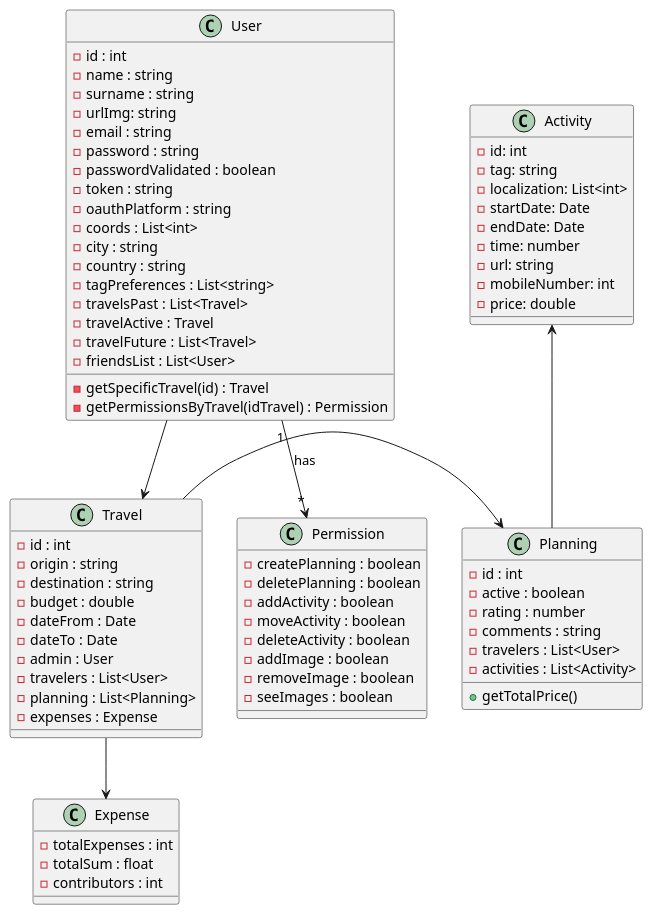
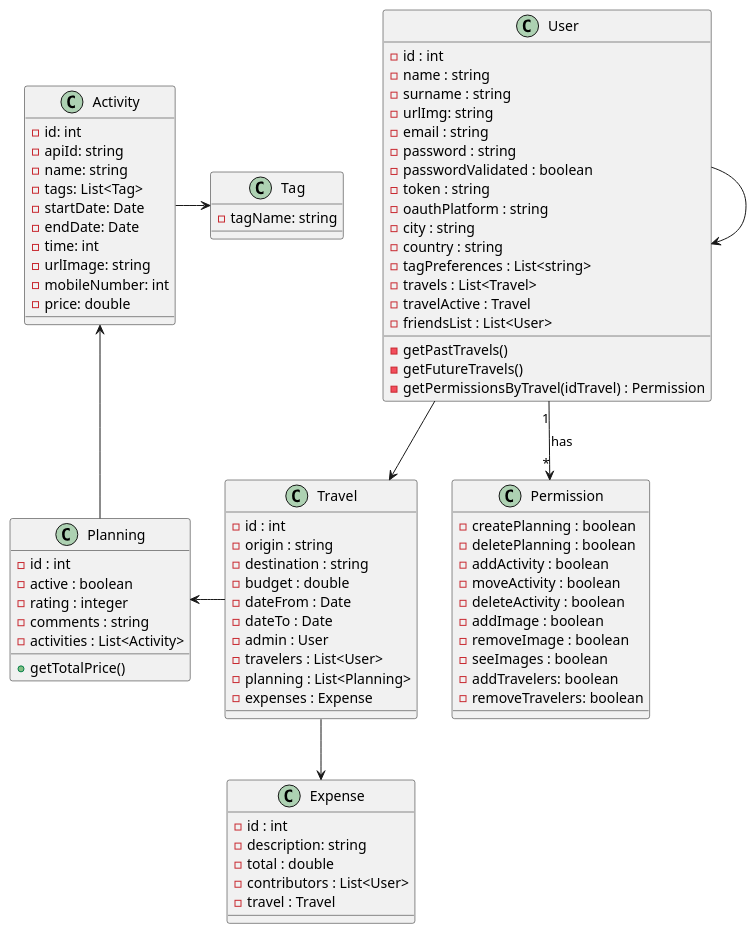
One commit to DavValCal/Ready2Go changed the diagram in DiagramaClases.v1.puml. Above: the diagram before and after it, drawn with PlantUML.

Commit message:
v2 diagrama clases

```diff
--- a/DiagramaClases.v1.puml
+++ b/DiagramaClases.v1.puml
@@ -1,89 +1,96 @@
 @startuml Backend
 'https://plantuml.com/class-diagram
 
-
+User --> User
 User --> Travel
 User "1" --> "*" Permission : has
-Travel -right-> Planning
+Travel -left-> Planning
 Travel -down-> Expense
 Planning -up-> Activity
+Activity -right-> Tag
 
 class User {
 - id : int
 - name : string
 - surname : string
 - urlImg: string
 - email : string
 - password : string
 - passwordValidated : boolean
 - token : string
 - oauthPlatform : string
-' coords para que es?
-- coords : List<int>
 - city : string
 - country : string
 - tagPreferences : List<string>
-- travelsPast : List<Travel>
+- travels : List<Travel>
 - travelActive : Travel
-- travelFuture : List<Travel>
 - friendsList : List<User>
-- getSpecificTravel(id) : Travel
+- getPastTravels()
+- getFutureTravels()
 - getPermissionsByTravel(idTravel) : Permission
 }
 
 class Permission {
 - createPlanning : boolean 
 - deletePlanning : boolean
 - addActivity : boolean
 - moveActivity : boolean
 - deleteActivity : boolean
 - addImage : boolean
 - removeImage : boolean
 - seeImages : boolean
+- addTravelers: boolean
+- removeTravelers: boolean
 }
 
 class Travel {
 - id : int
 - origin : string
 - destination : string
 - budget : double
 - dateFrom : Date
 - dateTo : Date
 - admin : User
 - travelers : List<User>
 - planning : List<Planning>
 - expenses : Expense
 }
 
-' es necesaria? no es mejor en activity poner el price?
+' Gastos generales: no asociados a una actividad en concreto
 class Expense{
-- totalExpenses : int
-- totalSum : float
-- contributors : int
+- id : int
+- description: string
+- total : double
+- contributors : List<User>
+- travel : Travel
 }
 
 class Planning{
 - id : int
 - active : boolean
-- rating : number
+- rating : integer
 - comments : string
-- travelers : List<User>
 - activities : List<Activity>
 + getTotalPrice()
 }
 
 class Activity{
 - id: int
-- tag: string
-' localization son coordenadas?
-- localization: List<int>
+- apiId: string
+- name: string
+- tags: List<Tag>
 - startDate: Date
 - endDate: Date
 ' time in minuts
-- time: number
-- url: string
+- time: int
+- urlImage: string
 - mobileNumber: int
 - price: double
 }
 
+class Tag {
+- tagName: string
+}
+
+
 @enduml
```
